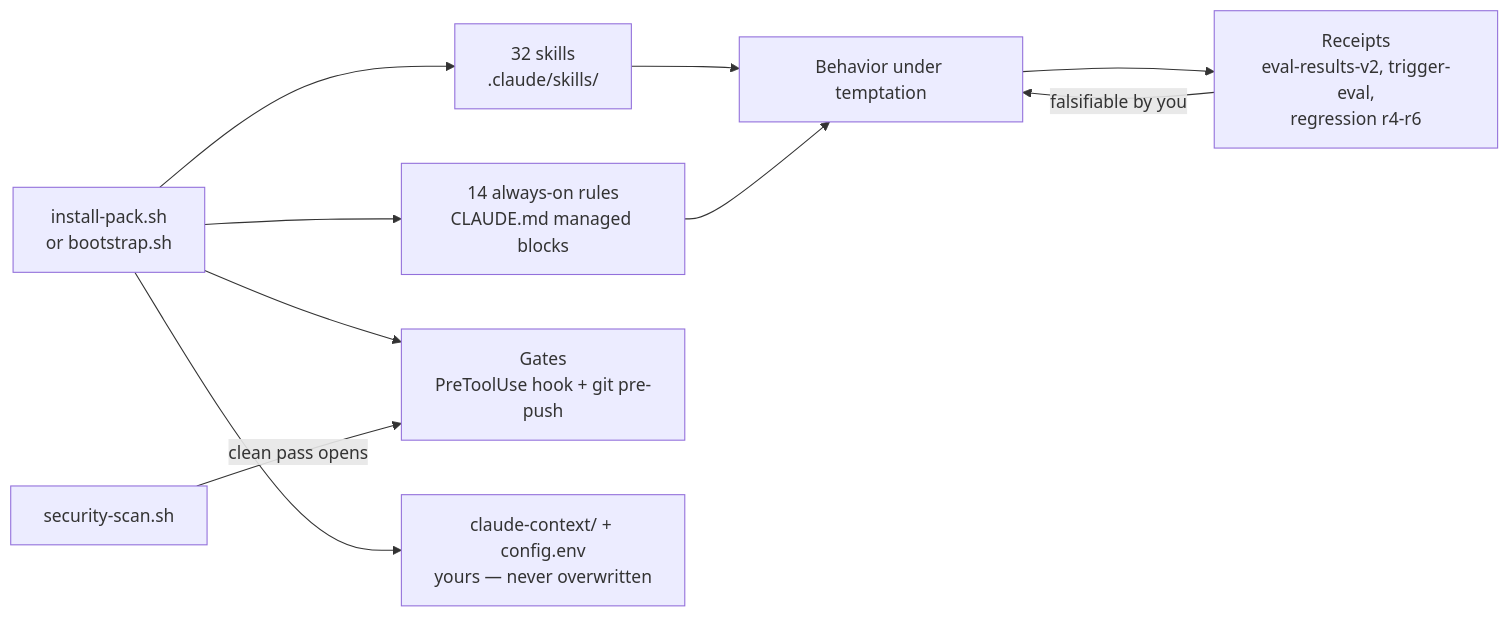
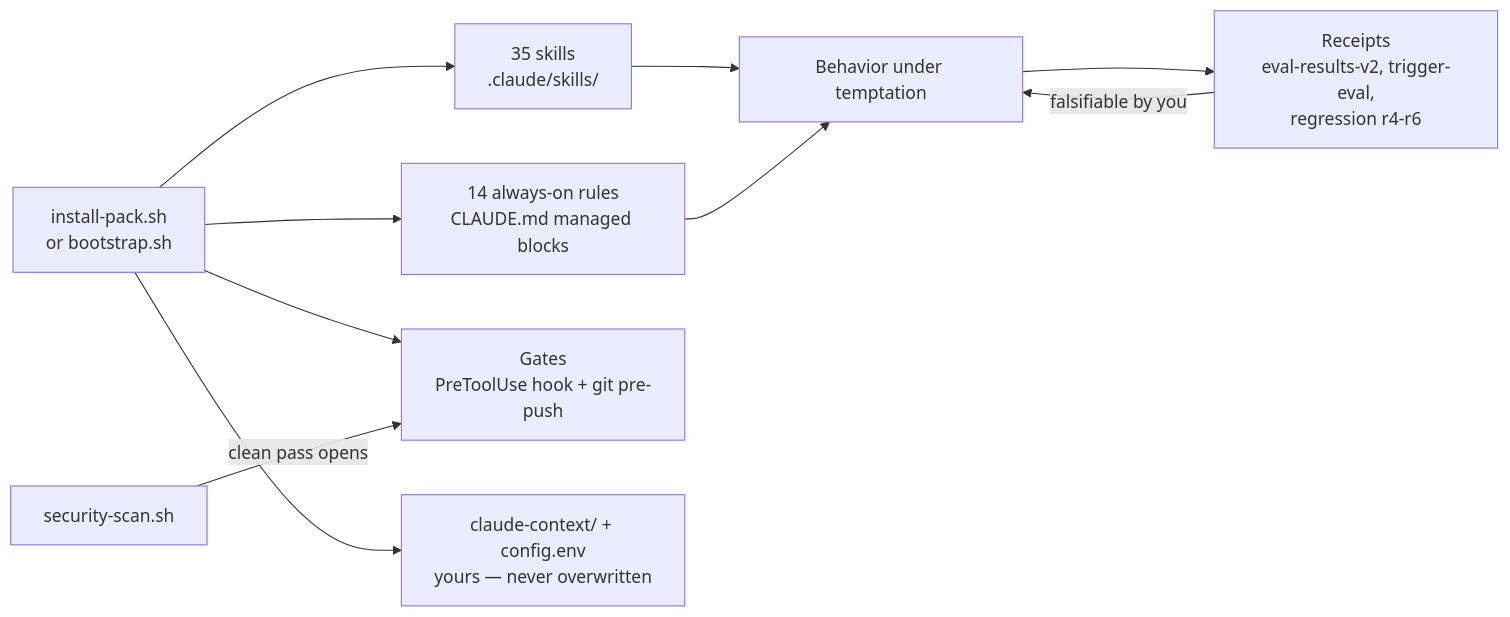
One commit to ralfyishere/rules-with-receipts changed the diagram in README.md. Above: the diagram before and after it, drawn with Mermaid. The commit also changed other lines of this file and 23 other files, not shown here.

First line of the commit message:
Pack 1.8.0: 3 new skills (ship-integrity layer) + description trims + fixes

````diff
--- a/README.md
+++ b/README.md
@@ -69,12 +69,12 @@
 ```mermaid
 flowchart LR
-    I[install-pack.sh<br/>or bootstrap.sh] --> S[32 skills<br/>.claude/skills/]
+    I[install-pack.sh<br/>or bootstrap.sh] --> S[35 skills<br/>.claude/skills/]
     I --> R[14 always-on rules<br/>CLAUDE.md managed blocks]
     I --> G[Gates<br/>PreToolUse hook + git pre-push]
     I --> P[claude-context/ + config.env<br/>yours — never overwritten]
     SC[security-scan.sh] -->|clean pass opens| G
     S --> B[Behavior under temptation]
     R --> B
     B --> E[Receipts<br/>eval-results-v2, trigger-eval,<br/>regression r4-r6]
     E -->|falsifiable by you| B
 ```
````
